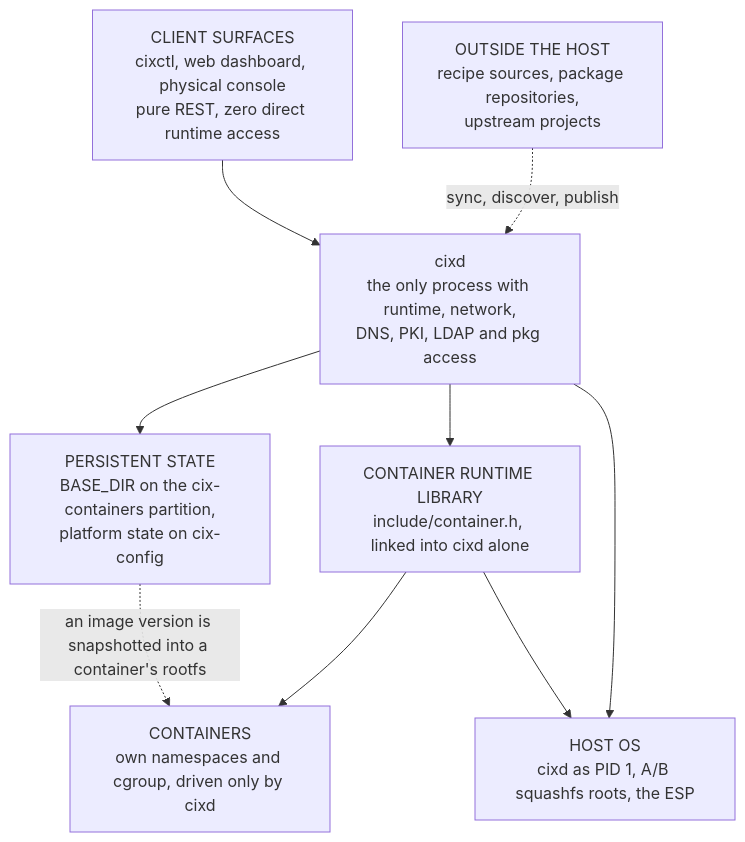
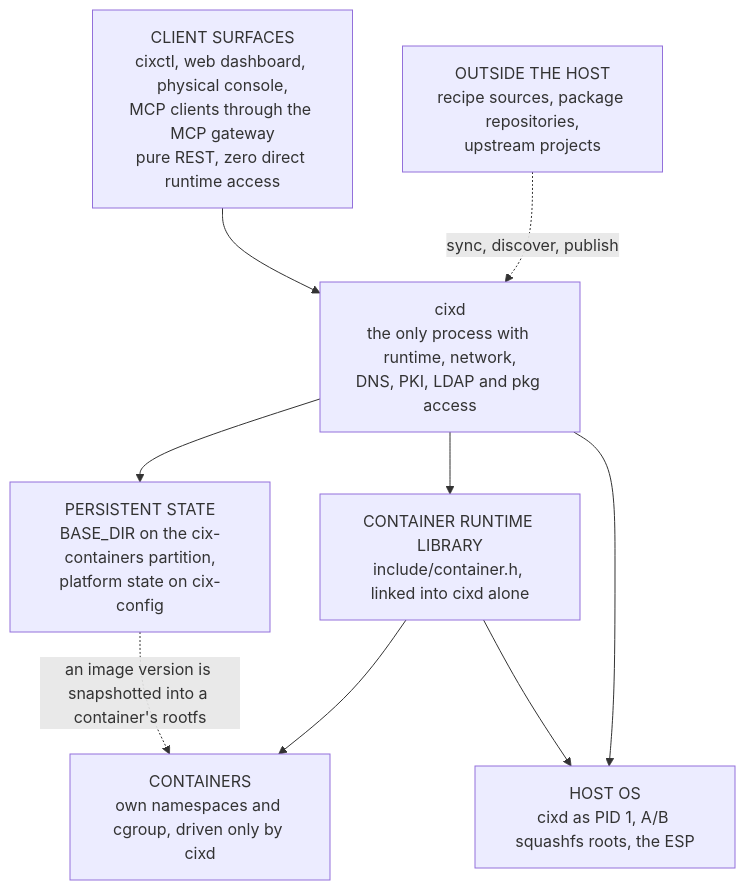
Before and after one commit to The-Cix-Project/cix: the first of 6 diagrams in docs/architecture/architecture.md, drawn with Mermaid. The commit also changed other lines of this file and 6 other files, not shown here.

First line of the commit message:
Docs: ROADMAP, architecture, README, ADR-0368 and CLAUDE.md catch up to 0.2.57-650 (#391, #378)

````diff
--- a/docs/architecture/architecture.md
+++ b/docs/architecture/architecture.md
@@ -11,19 +11,19 @@
 ```mermaid
 flowchart TB
-    clients["CLIENT SURFACES<br/>cixctl, web dashboard, physical console<br/>pure REST, zero direct runtime access"]
+    clients["CLIENT SURFACES<br/>cixctl, web dashboard, physical console,<br/>MCP clients through the MCP gateway<br/>pure REST, zero direct runtime access"]
     daemon["cixd<br/>the only process with runtime, network,<br/>DNS, PKI, LDAP and pkg access"]
     ext["OUTSIDE THE HOST<br/>recipe sources, package repositories,<br/>upstream projects"]
     state["PERSISTENT STATE<br/>BASE_DIR on the cix-containers partition,<br/>platform state on cix-config"]
     runtime["CONTAINER RUNTIME LIBRARY<br/>include/container.h, linked into cixd alone"]
     containers["CONTAINERS<br/>own namespaces and cgroup, driven only by cixd"]
     host["HOST OS<br/>cixd as PID 1, A/B squashfs roots, the ESP"]
 
     clients --> daemon
     ext -. "sync, discover, publish" .-> daemon
     daemon --> state
     daemon --> runtime
     daemon --> host
     runtime --> containers
     state -. "an image version is snapshotted into a container's rootfs" .-> containers
     runtime --> host
 ```
````
